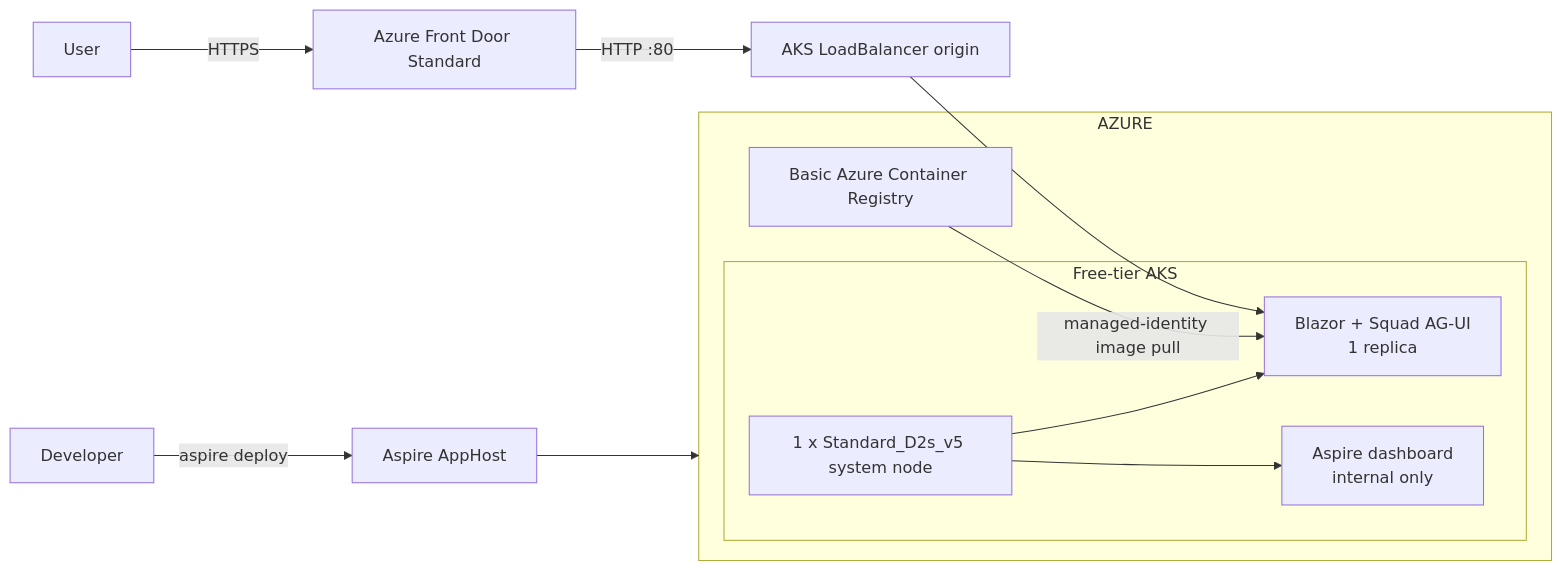
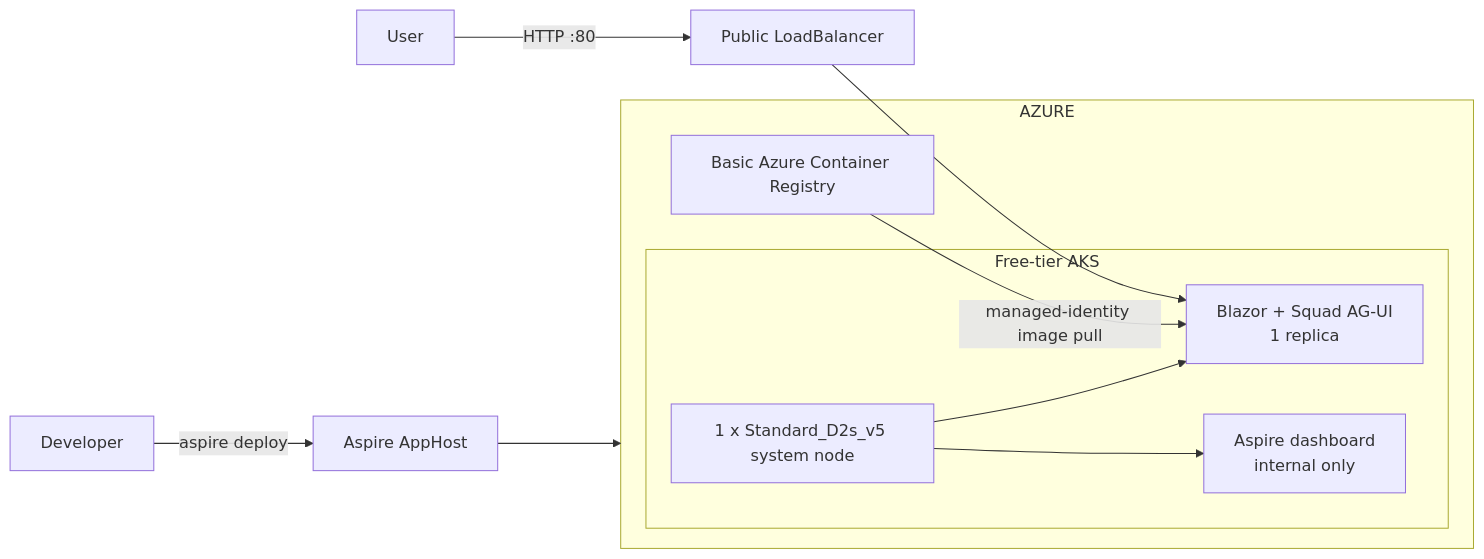
Before and after one commit to bradygaster/squad-on-aks: the diagram in README.md, drawn with Mermaid. The commit also changed other lines of this file and 18 other files, not shown here.

First line of the commit message:
Remove Azure Front Door deployment

````diff
--- a/README.md
+++ b/README.md
@@ -34,23 +31,22 @@
 ```mermaid
 flowchart LR
     DEV["Developer"] -->|"aspire deploy"| APPHOST["Aspire AppHost"]
     APPHOST --> AZURE["Azure resource group"]
 
     subgraph AZURE
         ACR["Basic Azure Container Registry"]
 
         subgraph AKS["Free-tier AKS"]
             NODE["1 x Standard_D2s_v5 system node"]
             APP["Blazor + Squad AG-UI<br/>1 replica"]
             DASH["Aspire dashboard<br/>internal only"]
             NODE --> APP
             NODE --> DASH
         end
 
         ACR -->|"managed-identity image pull"| APP
     end
 
-    USER["User"] -->|"HTTPS"| AFD["Azure Front Door Standard"]
-    AFD -->|"HTTP :80"| LB["AKS LoadBalancer origin"]
+    USER["User"] -->|"HTTP :80"| LB["Public LoadBalancer"]
     LB --> APP
 ```
````
